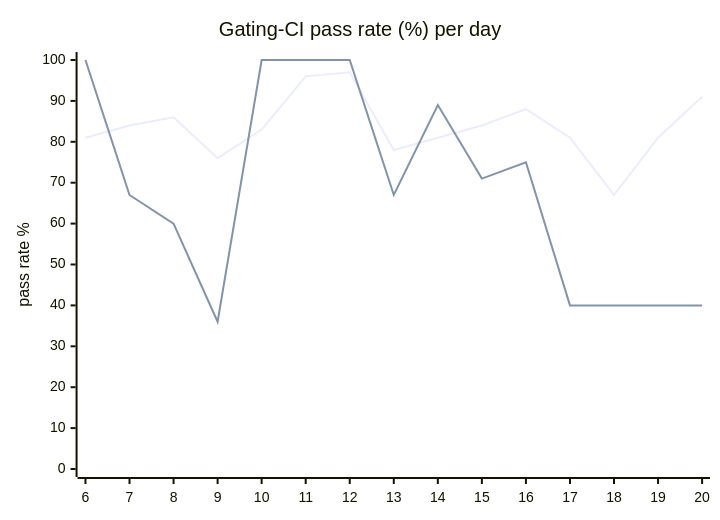
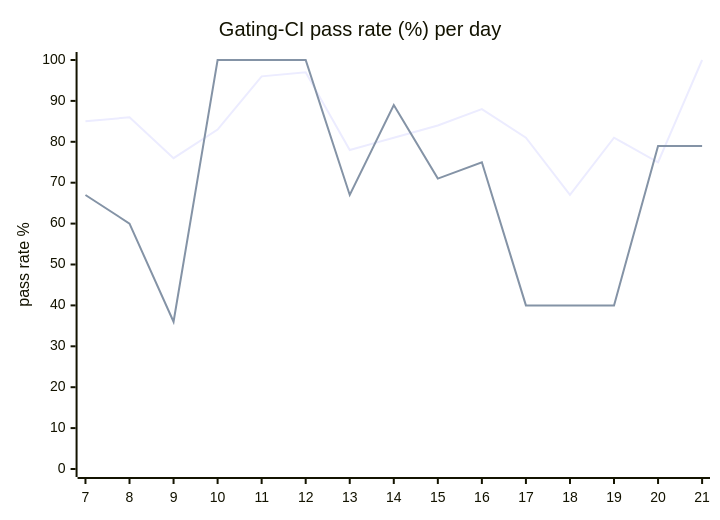
The diagram in hack/ci/ci-dashboard/staging/issue.md (hatchet-dev/hatchet), drawn with Mermaid before and after one commit. The commit also changed other lines of this file, not shown here.

````diff
--- a/hack/ci/ci-dashboard/staging/issue.md
+++ b/hack/ci/ci-dashboard/staging/issue.md
@@ -9,8 +9,8 @@
 ```mermaid
 xychart-beta
   title "Gating-CI pass rate (%) per day"
-  x-axis [6, 7, 8, 9, 10, 11, 12, 13, 14, 15, 16, 17, 18, 19, 20]
+  x-axis [7, 8, 9, 10, 11, 12, 13, 14, 15, 16, 17, 18, 19, 20, 21]
   y-axis "pass rate %" 0 --> 100
-  line "CI" [81, 84, 86, 76, 83, 96, 97, 78, 81, 84, 88, 81, 67, 81, 91]
-  line "main" [100, 67, 60, 36, 100, 100, 100, 67, 89, 71, 75, 40, 40, 40, 40]
+  line "CI" [85, 86, 76, 83, 96, 97, 78, 81, 84, 88, 81, 67, 81, 75, 100]
+  line "main" [67, 60, 36, 100, 100, 100, 67, 89, 71, 75, 40, 40, 40, 79, 79]
 ```
````
